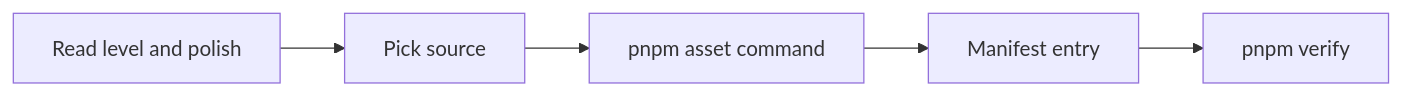
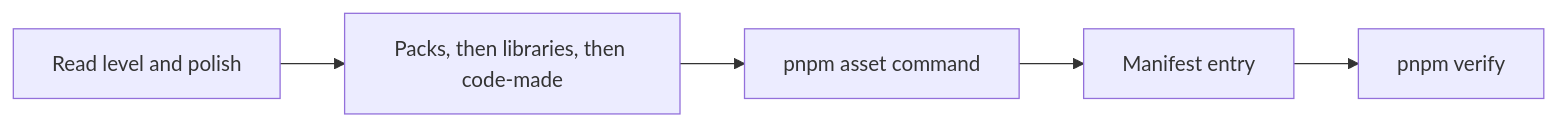
Before and after one commit to willianjusten/agent-skills: the diagram in skills/realtime/asset-pipeline/README.md, drawn with Mermaid. The commit also changed other lines of this file and 13 other files, not shown here.

Commit message:
docs(assets): packs, libraries then code-made, theme-first picking, code-only, clips played; no generation

````diff
--- a/skills/realtime/asset-pipeline/README.md
+++ b/skills/realtime/asset-pipeline/README.md
@@ -18,7 +19,7 @@
 ```mermaid
 flowchart LR
-  A[Read level and polish] --> B[Pick source]
+  A[Read level and polish] --> B[Packs, then libraries, then code-made]
   B --> C[pnpm asset command]
   C --> D[Manifest entry]
   D --> E[pnpm verify]
 ```
````
